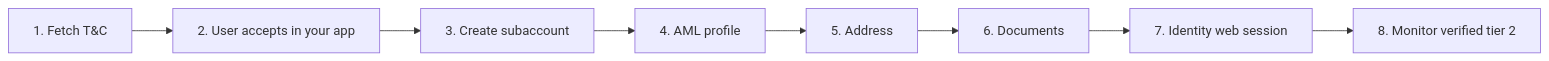
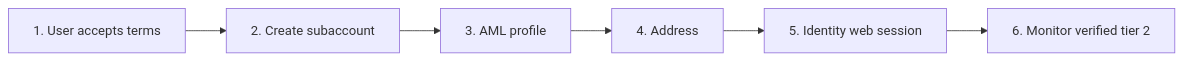
Before and after one commit to api-commits/docs: the diagram in partner/kyc.mdx, drawn with Mermaid. The commit also changed other lines of this file and 38 other files, not shown here.

````diff
--- a/partner/kyc.mdx
+++ b/partner/kyc.mdx
@@ -23,10 +27,8 @@
 ```mermaid
 flowchart LR
-  A[1. Fetch T&C] --> B[2. User accepts in your app]
-  B --> C[3. Create subaccount]
-  C --> D[4. AML profile]
-  D --> E[5. Address]
-  E --> F[6. Documents]
-  F --> G[7. Identity web session]
-  G --> H[8. Monitor verified tier 2]
+  A[1. User accepts terms] --> B[2. Create subaccount]
+  B --> C[3. AML profile]
+  C --> D[4. Address]
+  D --> E[5. Identity web session]
+  E --> F[6. Monitor verified tier 2]
 ```
````
